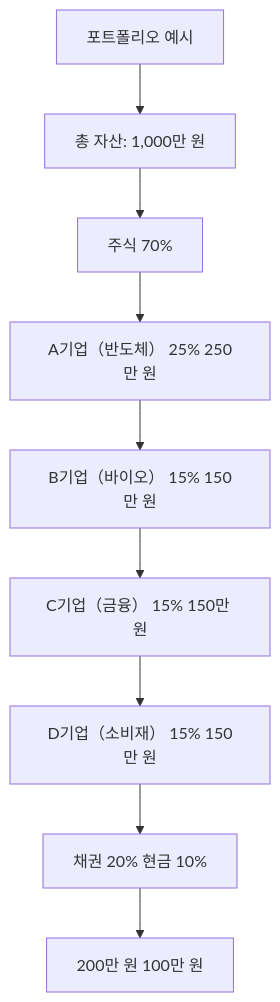
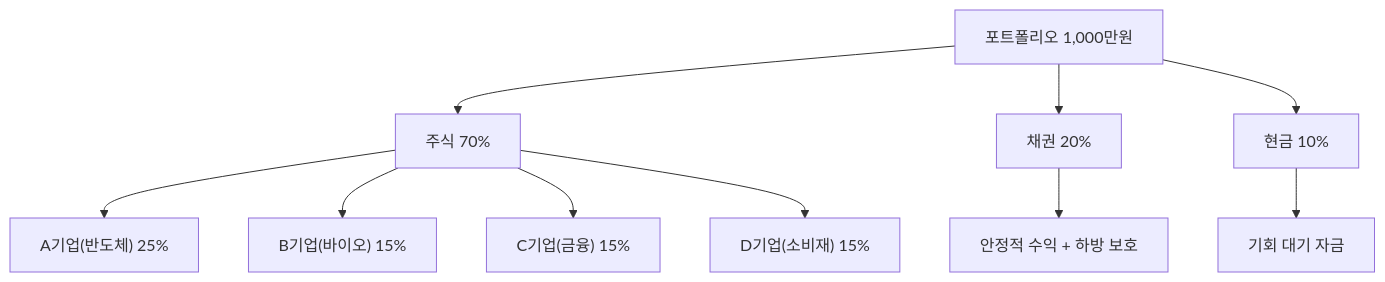
One commit to yeongseon/stock-visual-note changed the diagram in content/stock-terms/ko/level-10-company-analysis/portfolio.md. Above: the diagram before and after it, drawn with Mermaid. The commit also changed other lines of this file and 96 other files, not shown here.

Commit message:
Rewrite all 98 remaining articles: branching Mermaid diagrams, natural search_intent, compelling seo_titles, clean descriptions

````diff
--- a/content/stock-terms/ko/level-10-company-analysis/portfolio.md
+++ b/content/stock-terms/ko/level-10-company-analysis/portfolio.md
@@ -42,20 +42,13 @@
 ```mermaid
 graph TD
-    A0["포트폴리오 예시"]
-    A1["총 자산: 1,000만 원"]
-    A2["주식 70%"]
-    A3["A기업（반도체） 25% 250만 원"]
-    A4["B기업（바이오） 15% 150만 원"]
-    A5["C기업（금융） 15% 150만 원"]
-    A6["D기업（소비재） 15% 150만 원"]
-    A7["채권 20% 현금 10%"]
-    A8["200만 원 100만 원"]
-    A0 --> A1
-    A1 --> A2
-    A2 --> A3
-    A3 --> A4
-    A4 --> A5
-    A5 --> A6
-    A6 --> A7
-    A7 --> A8
+    A["포트폴리오 1,000만원"]
+    A --> B["주식 70%"]
+    A --> C["채권 20%"]
+    A --> D["현금 10%"]
+    B --> B1["A기업(반도체) 25%"]
+    B --> B2["B기업(바이오) 15%"]
+    B --> B3["C기업(금융) 15%"]
+    B --> B4["D기업(소비재) 15%"]
+    C --> C1["안정적 수익 + 하방 보호"]
+    D --> D1["기회 대기 자금"]
 ```
````
